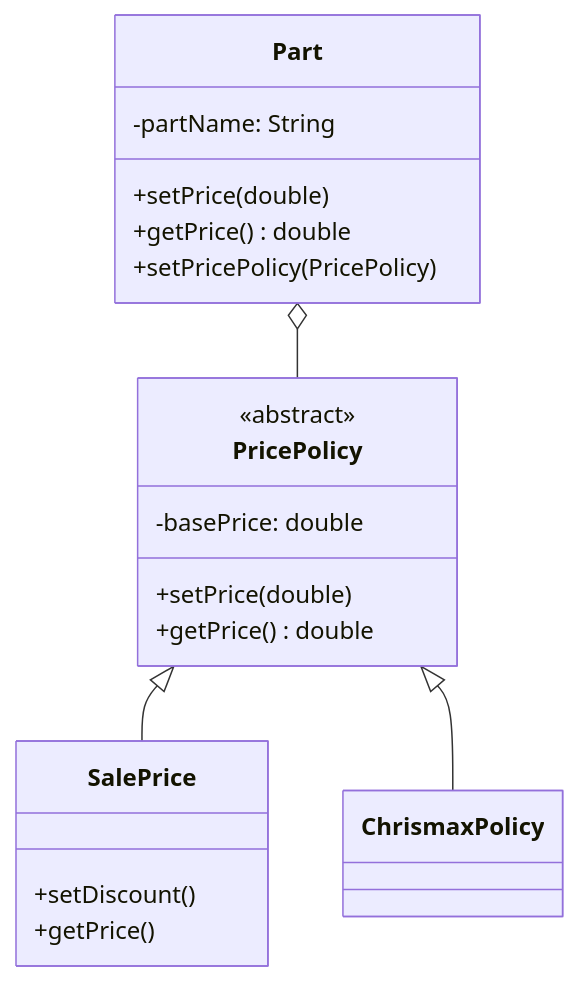
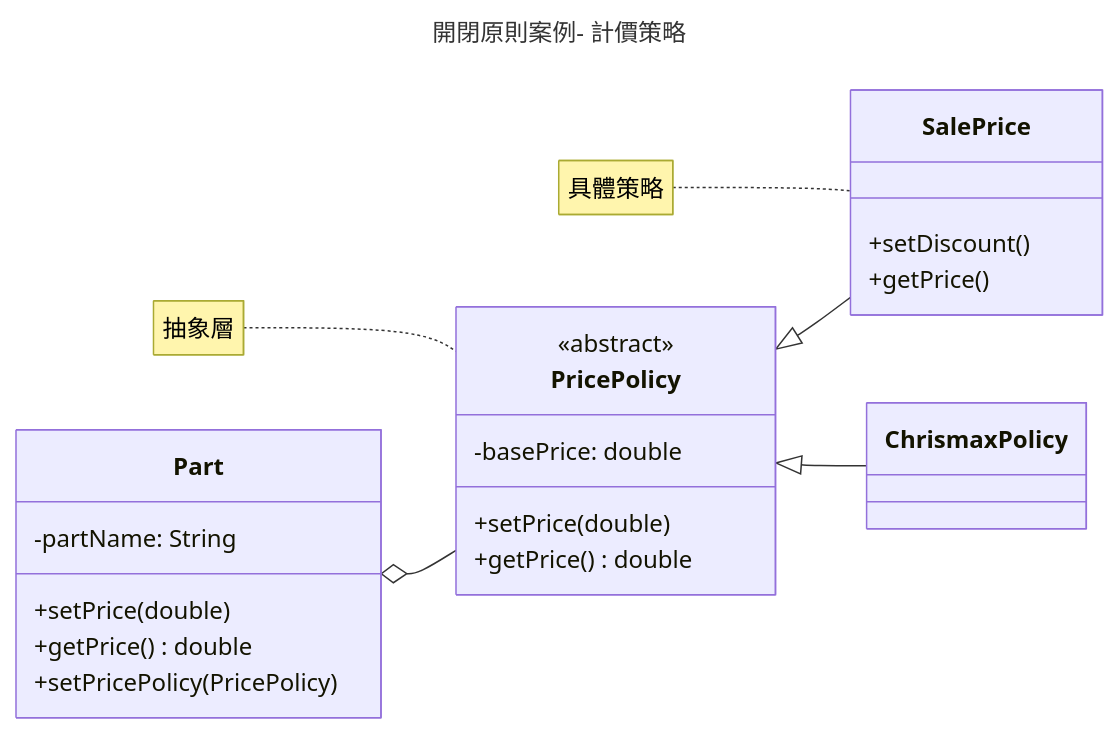
One commit to nlhsueh/teach_sw_fw changed the third of 4 diagrams in Part3_Principle/ch07_principle.md. Above: the diagram before and after it, drawn with Mermaid. The commit also changed other lines of this file and 1 other file, not shown here.

Commit message:
style: translate diagram titles and notes to Chinese in ch07 and ch08

````diff
--- a/Part3_Principle/ch07_principle.md
+++ b/Part3_Principle/ch07_principle.md
@@ -749,27 +762,34 @@
 ```mermaid
+---
+title: 開閉原則案例- 計價策略
+---
 classDiagram
+    direction LR
     class Part {
         -partName: String
         +setPrice(double)
         +getPrice() double
         +setPricePolicy(PricePolicy)
     }
 
     class PricePolicy {
         <<abstract>>
         -basePrice: double
         +setPrice(double)
         +getPrice() double
     }
 
     class SalePrice {
         +setDiscount()
         +getPrice()
     }
 
     class ChrismaxPolicy
 
     Part o-- PricePolicy
     PricePolicy <|-- SalePrice
     PricePolicy <|-- ChrismaxPolicy
+
+    note for PricePolicy "抽象層"
+    note for SalePrice "具體策略"
 ```
````
